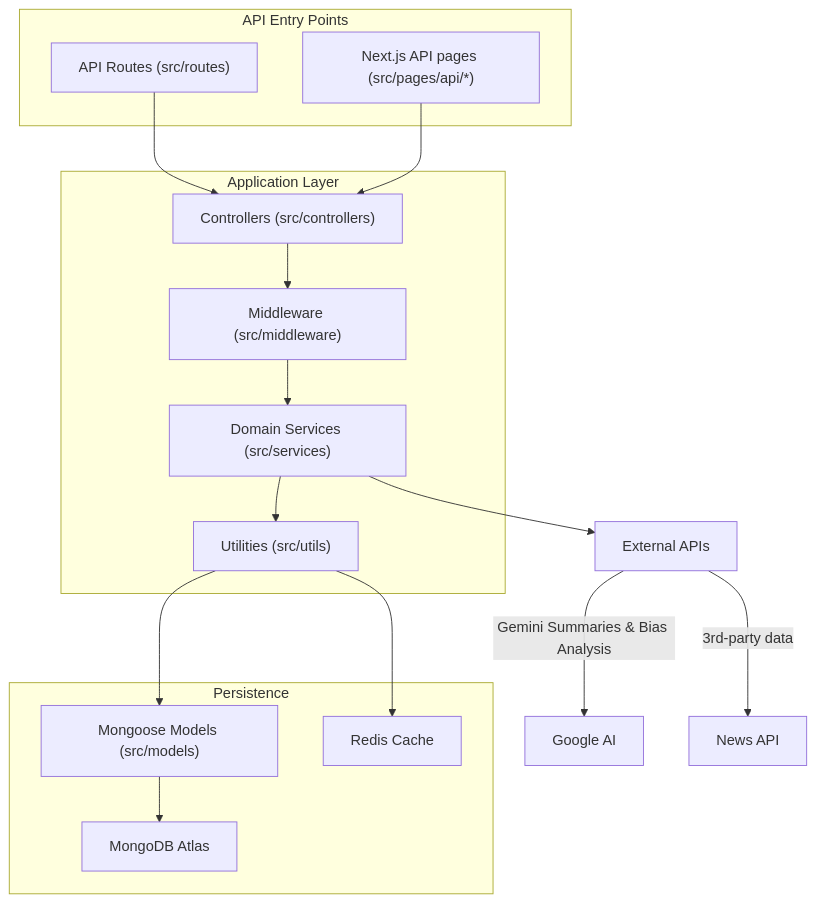
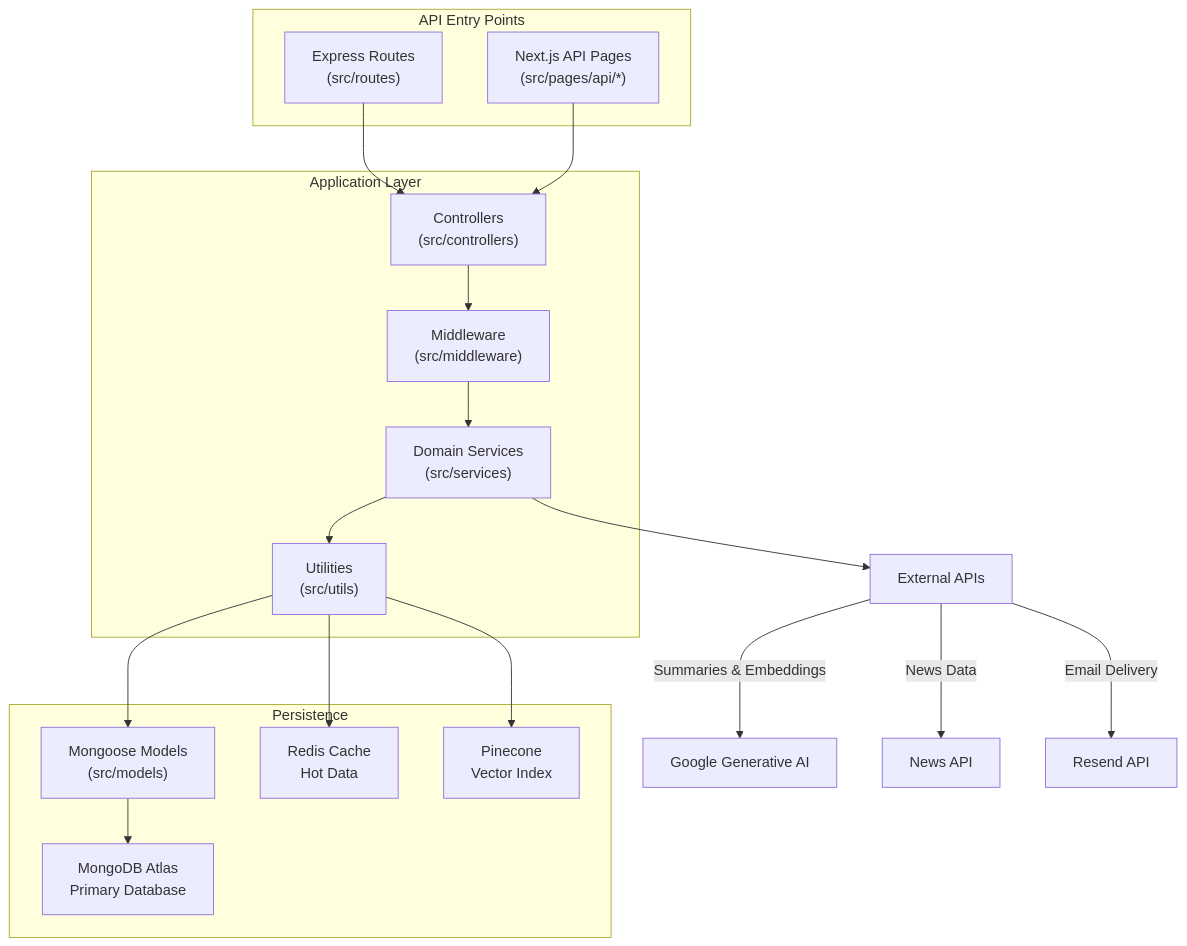
Diagram 11 of 19 in ARCHITECTURE.md (hoangsonww/AI-Gov-Content-Curator), drawn with Mermaid before and after one commit. The commit also changed other lines of this file and 20 other files, not shown here.

````diff
--- a/ARCHITECTURE.md
+++ b/ARCHITECTURE.md
@@ -75,25 +567,27 @@
 ```mermaid
 flowchart TB
     subgraph Entry["API Entry Points"]
-        Routes["API Routes (src/routes)"]
-        Pages["Next.js API pages (src/pages/api/*)"]
+        Routes["Express Routes<br/>(src/routes)"]
+        Pages["Next.js API Pages<br/>(src/pages/api/*)"]
     end
     Routes --> Controllers
     Pages --> Controllers
 
     subgraph App["Application Layer"]
-        Controllers["Controllers (src/controllers)"] --> Middleware["Middleware (src/middleware)"]
-        Middleware --> Services["Domain Services (src/services)"]
-        Services --> Utils["Utilities (src/utils)"]
+        Controllers["Controllers<br/>(src/controllers)"] --> Middleware["Middleware<br/>(src/middleware)"]
+        Middleware --> Services["Domain Services<br/>(src/services)"]
+        Services --> Utils["Utilities<br/>(src/utils)"]
     end
 
     subgraph Data["Persistence"]
-        Utils --> Models["Mongoose Models (src/models)"]
-        Models --> MongoDB["MongoDB Atlas"]
-        Utils --> Redis["Redis Cache"]
+        Utils --> Models["Mongoose Models<br/>(src/models)"]
+        Models --> MongoDB["MongoDB Atlas<br/>Primary Database"]
+        Utils --> Redis["Redis Cache<br/>Hot Data"]
+        Utils --> Pinecone["Pinecone<br/>Vector Index"]
     end
 
     Services --> External["External APIs"]
-    External -->|Gemini Summaries & Bias Analysis| GoogleAI["Google AI"]
-    External -->|3rd-party data| NewsAPI["News API"]
+    External -->|Summaries & Embeddings| GoogleAI["Google Generative AI"]
+    External -->|News Data| NewsAPI["News API"]
+    External -->|Email Delivery| Resend["Resend API"]
 ```
````
